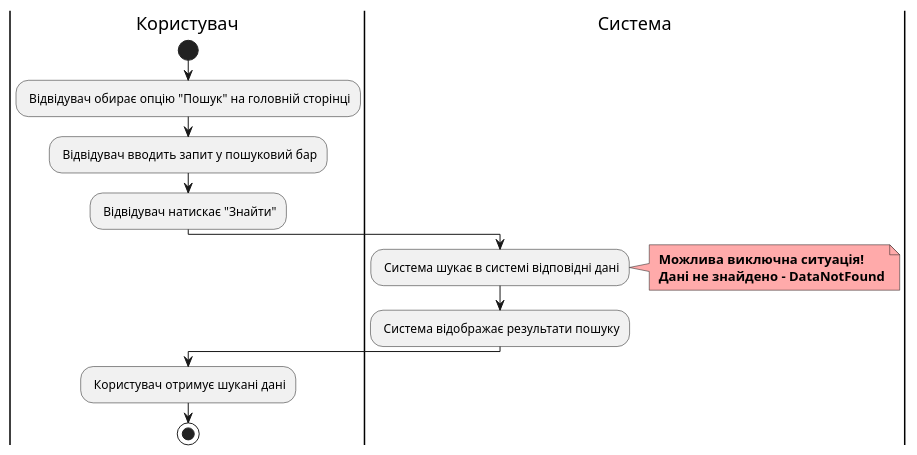
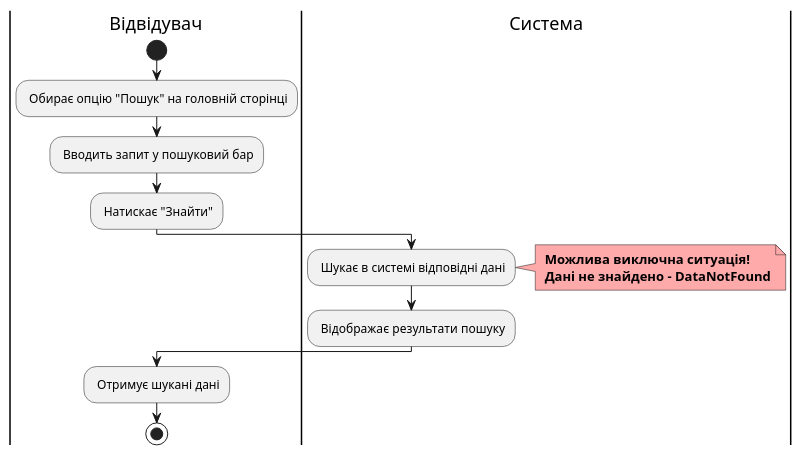
One commit to watashone/db-labs changed the fifth of 17 diagrams in docs/use cases/README.md. Above: the diagram before and after it, drawn with PlantUML. The commit also changed other lines of this file, not shown here.

````diff
--- a/docs/use cases/README.md
+++ b/docs/use cases/README.md
@@ -156,20 +156,20 @@
 ```plantuml
 @startuml
-    |Користувач|
+    |Відвідувач|
         start
-        : Відвідувач обирає опцію "Пошук" на головній сторінці;
-        : Відвідувач вводить запит у пошуковий бар;
-        : Відвідувач натискає "Знайти";
+        : Обирає опцію "Пошук" на головній сторінці;
+        : Вводить запит у пошуковий бар;
+        : Натискає "Знайти";
     |Система|
-        : Система шукає в системі відповідні дані;
+        : Шукає в системі відповідні дані;
         note right #ffaaaa
         <b> Можлива виключна ситуація!
         <b> Дані не знайдено - DataNotFound
         end note
-        : Cистема відображає результати пошуку;
-    |Користувач|
-        : Користувач отримує шукані дані;
+        : Відображає результати пошуку;
+    |Відвідувач|
+        : Отримує шукані дані;
         stop;
 
 @enduml 
 ```
````
